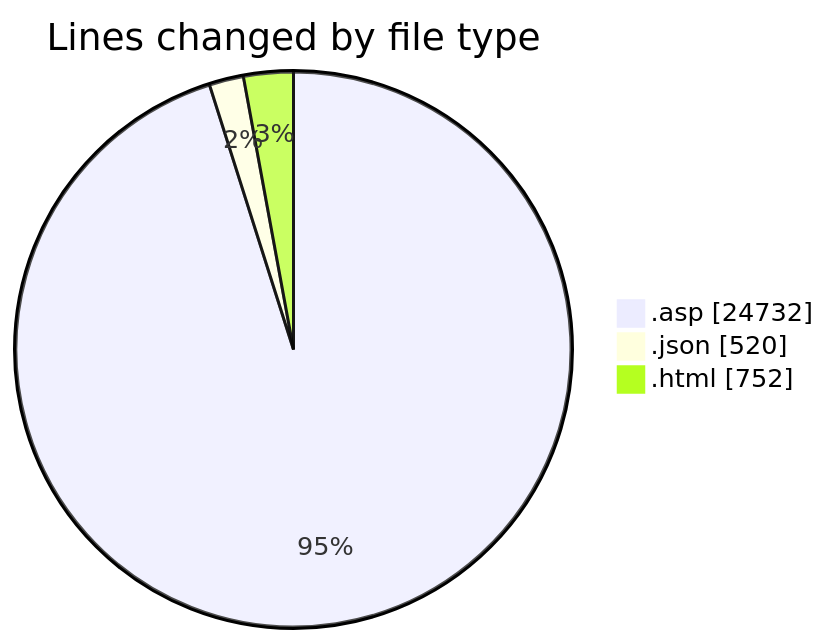
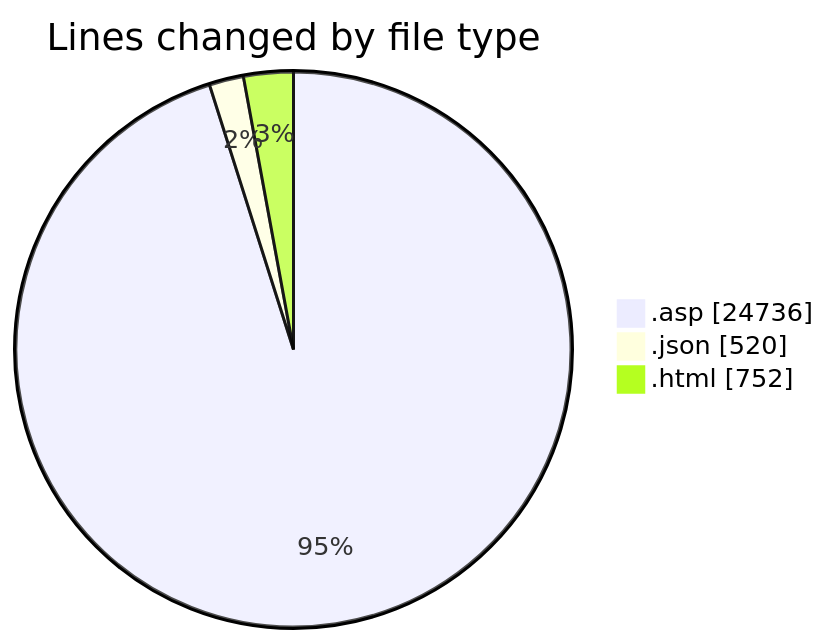
Before and after one commit to julien-gomy/code-tracking: the first of 2 diagrams in 2025-11-01/cdp_aleoudev_fr__workspace_/README.md, drawn with Mermaid. The commit also changed other lines of this file and 1 other file, not shown here.

````diff
--- a/2025-11-01/cdp_aleoudev_fr__workspace_/README.md
+++ b/2025-11-01/cdp_aleoudev_fr__workspace_/README.md
@@ -33,7 +33,7 @@
 ```mermaid
 pie showData
 title Lines changed by file type
-".asp" : 24732
+".asp" : 24736
 ".json" : 520
 ".html" : 752
 ```
````
